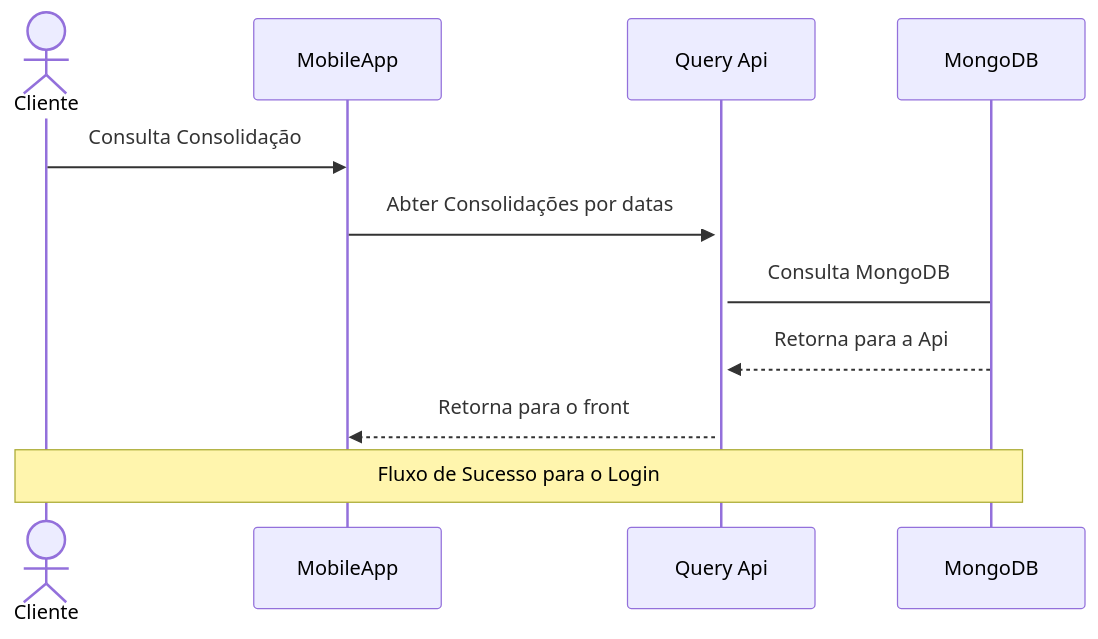
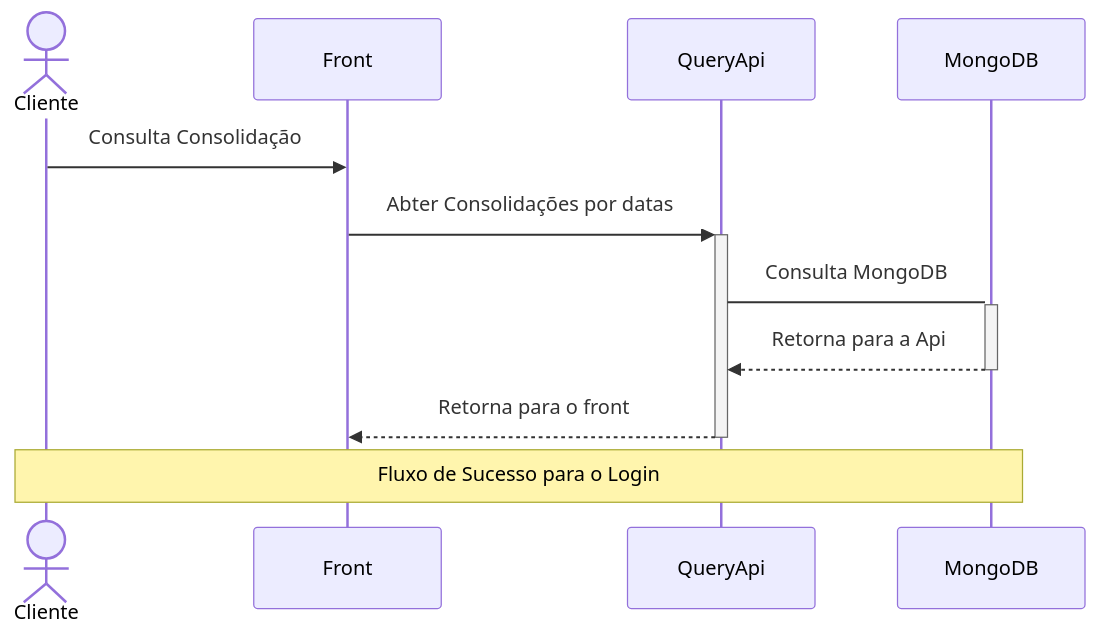
One commit to thiagocbcunha/arch-solution changed the second of 4 diagrams in README.md. Above: the diagram before and after it, drawn with Mermaid. The commit also changed other lines of this file, not shown here.

````diff
--- a/README.md
+++ b/README.md
@@ -277,15 +279,15 @@
 ```mermaid
 sequenceDiagram
     actor Cliente
-    participant MobileApp
-    participant Query Api
+    participant Front
+    participant QueryApi
     participant MongoDB
 
-    Cliente->>MobileApp: Consulta Consolidação
-    MobileApp->>+Query Api: Abter Consolidações por datas
-    Query Api->MongoDB: Consulta MongoDB
-    MongoDB-->>Query Api: Retorna para a Api
-    Query Api-->>MobileApp: Retorna para o front
+    Cliente->>Front: Consulta Consolidação
+    Front->>+QueryApi: Abter Consolidações por datas
+    QueryApi->+MongoDB: Consulta MongoDB
+    MongoDB-->>-QueryApi: Retorna para a Api
+    QueryApi-->>-Front: Retorna para o front
 
     Note over Cliente, MongoDB: Fluxo de Sucesso para o Login
 ```
````
